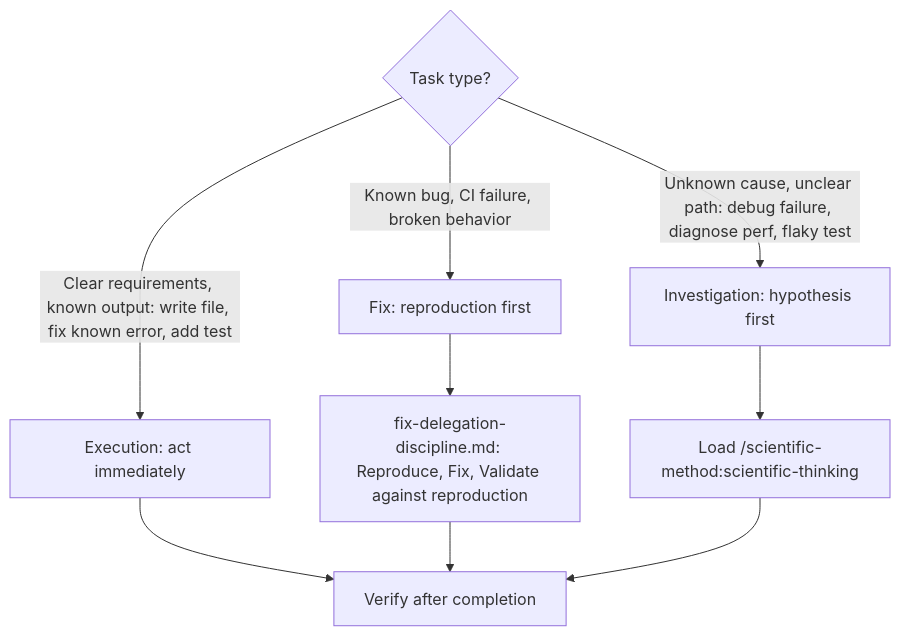
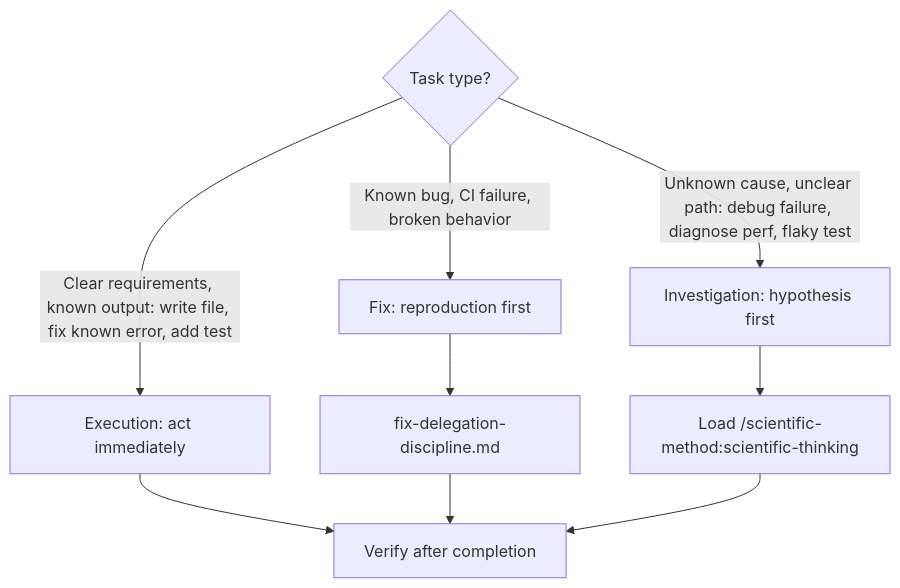
Before and after one commit to Jamie-BitFlight/claude_skills: the first of 2 diagrams in AGENTS.md, drawn with Mermaid. The commit also changed other lines of this file and 6 other files, not shown here.

````diff
--- a/AGENTS.md
+++ b/AGENTS.md
@@ -182,11 +193,11 @@
 ```mermaid
 flowchart TD
     T{Task type?}
     T -->|"Clear requirements, known output: write file, fix known error, add test"| Exec[Execution: act immediately]
     T -->|"Known bug, CI failure, broken behavior"| Fix[Fix: reproduction first]
     T -->|"Unknown cause, unclear path: debug failure, diagnose perf, flaky test"| Inv[Investigation: hypothesis first]
     Exec --> V[Verify after completion]
-    Fix --> FD["fix-delegation-discipline.md: Reproduce, Fix, Validate against reproduction"]
+    Fix --> FD["fix-delegation-discipline.md"]
     FD --> V
     Inv --> H[Load /scientific-method:scientific-thinking] --> V
 ```
````
